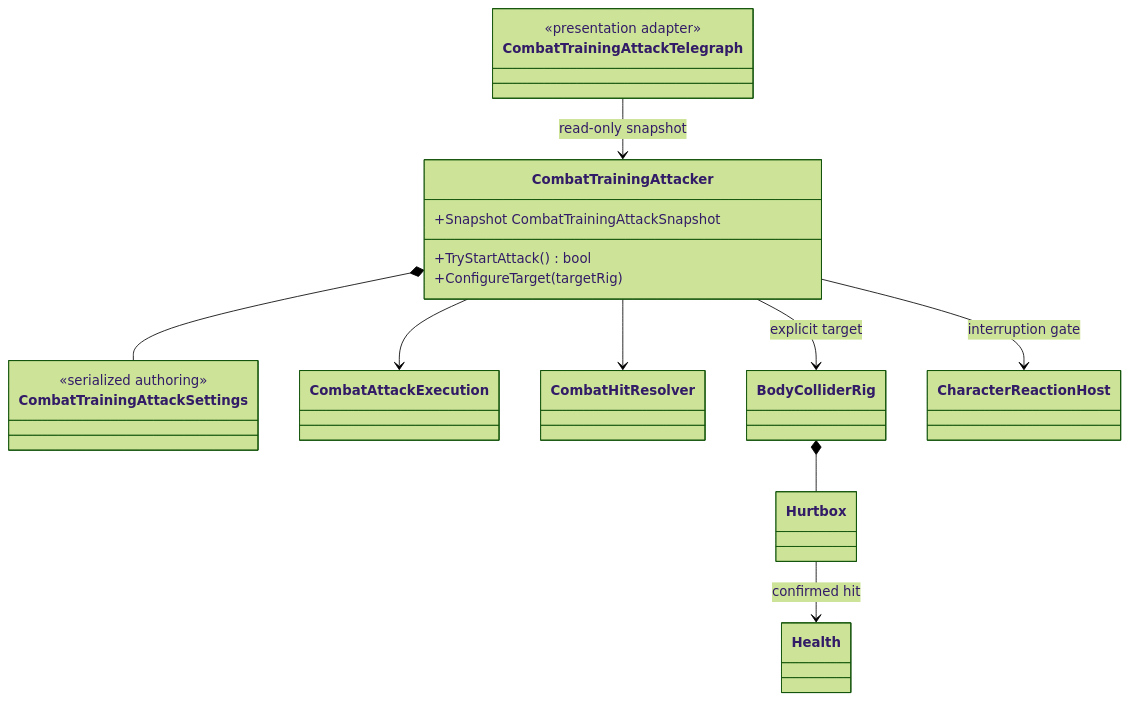
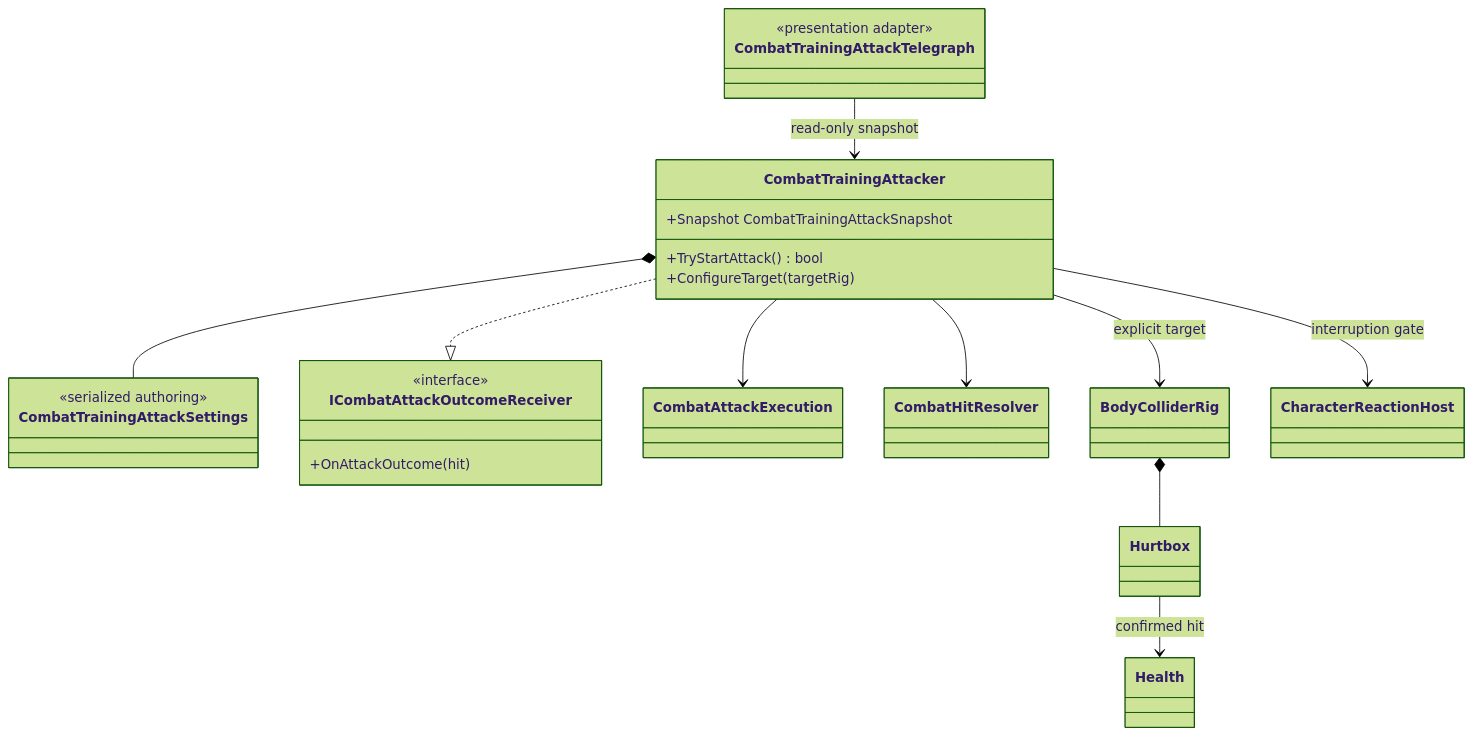
The diagram in Assets/_App/Core/Runtime/Enemies/Training/README.md (MaximFonariuc/project-s), drawn with Mermaid (forest theme) before and after one commit. The commit also changed other lines of this file and 10 other files, not shown here.

````diff
--- a/Assets/_App/Core/Runtime/Enemies/Training/README.md
+++ b/Assets/_App/Core/Runtime/Enemies/Training/README.md
@@ -6,29 +6,34 @@
 ```mermaid
 classDiagram
     class CombatTrainingAttacker {
         +TryStartAttack() bool
         +ConfigureTarget(targetRig)
         +Snapshot CombatTrainingAttackSnapshot
     }
     class CombatTrainingAttackSettings {
         <<serialized authoring>>
     }
     class CombatTrainingAttackTelegraph {
         <<presentation adapter>>
     }
+    class ICombatAttackOutcomeReceiver {
+        <<interface>>
+        +OnAttackOutcome(hit)
+    }
     class CombatAttackExecution
     class CombatHitResolver
     class BodyColliderRig
     class Hurtbox
     class Health
     class CharacterReactionHost
 
     CombatTrainingAttacker *-- CombatTrainingAttackSettings
     CombatTrainingAttacker --> CombatAttackExecution
+    CombatTrainingAttacker ..|> ICombatAttackOutcomeReceiver
     CombatTrainingAttacker --> CombatHitResolver
     CombatTrainingAttacker --> BodyColliderRig : explicit target
     BodyColliderRig *-- Hurtbox
     Hurtbox --> Health : confirmed hit
     CombatTrainingAttacker --> CharacterReactionHost : interruption gate
     CombatTrainingAttackTelegraph --> CombatTrainingAttacker : read-only snapshot
 ```
````
